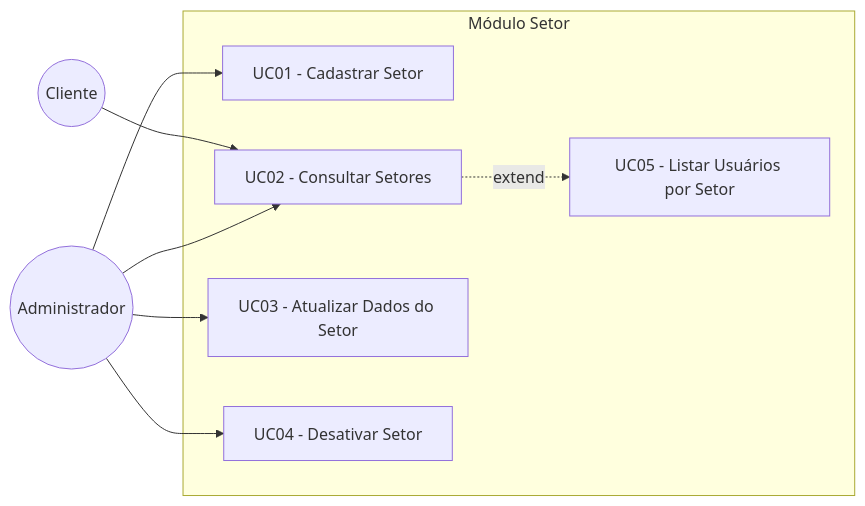
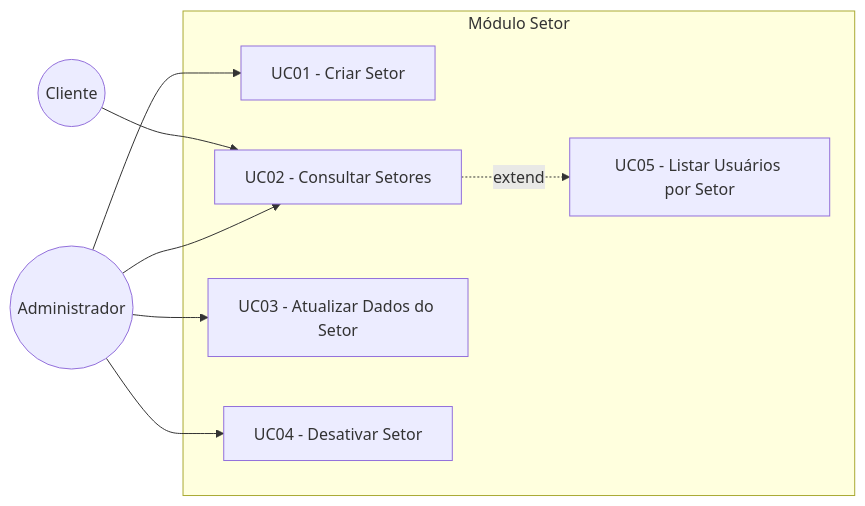
Before and after one commit to gab-szz/fastify-gerenciamento-de-usuarios-port: the third of 3 diagrams in README.md, drawn with Mermaid.

Commit message:
corrige a nomenclatura do caso de uso UC01 de "Cadastrar Setor" para "Criar Setor" no README.md

````diff
--- a/README.md
+++ b/README.md
@@ -93,13 +93,13 @@
 ```mermaid
 flowchart LR
  subgraph subGraph0["Módulo Setor"]
-        UC1["UC01 - Cadastrar Setor"]
+        UC1["UC01 - Criar Setor"]
         UC2["UC02 - Consultar Setores"]
         UC3["UC03 - Atualizar Dados do Setor"]
         UC4["UC04 - Desativar Setor"]
         UC5["UC05 - Listar Usuários por Setor"]
   end
     User(("Cliente")) --> UC2
     Admin(("Administrador")) --> UC1 & UC2 & UC3 & UC4
     UC2 -. extend .-> UC5
 ```
````
